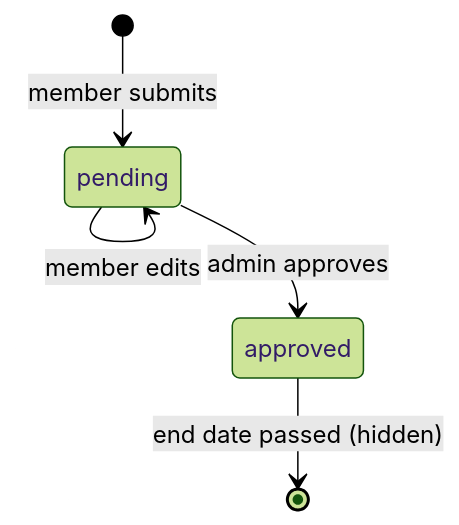
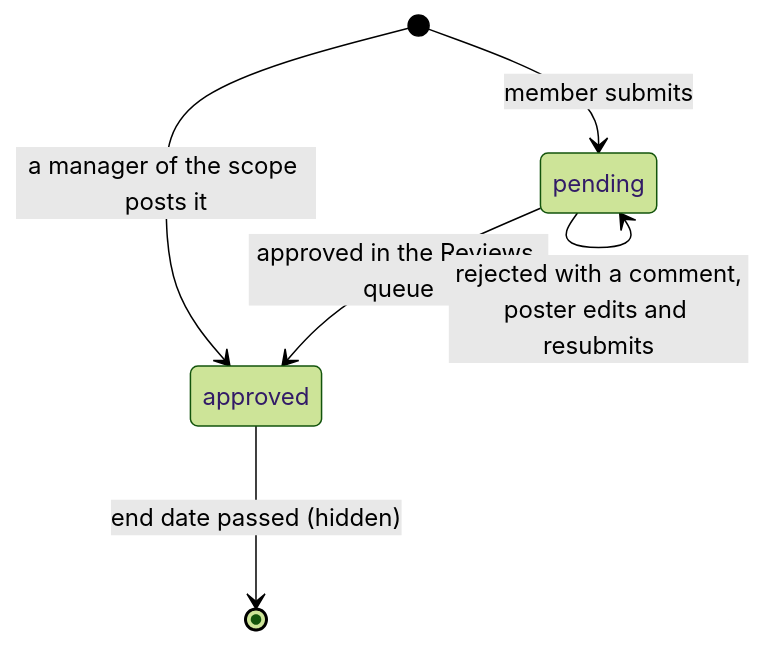
Before and after one commit to Konkrad/cms: the diagram in src/modules/jobs/features/jobs.md, drawn with Mermaid (forest theme). The commit also changed other lines of this file and 54 other files, not shown here.

First line of the commit message:
One review flow for content, jobs, election applications and qualification claims (#128)

````diff
--- a/src/modules/jobs/features/jobs.md
+++ b/src/modules/jobs/features/jobs.md
@@ -14,7 +15,8 @@
 ```mermaid
 stateDiagram-v2
     [*] --> pending: member submits
-    pending --> pending: member edits
-    pending --> approved: admin approves
+    [*] --> approved: a manager of the scope posts it
+    pending --> approved: approved in the Reviews queue
+    pending --> pending: rejected with a comment,<br/>poster edits and resubmits
     approved --> [*]: end date passed (hidden)
 ```
````
